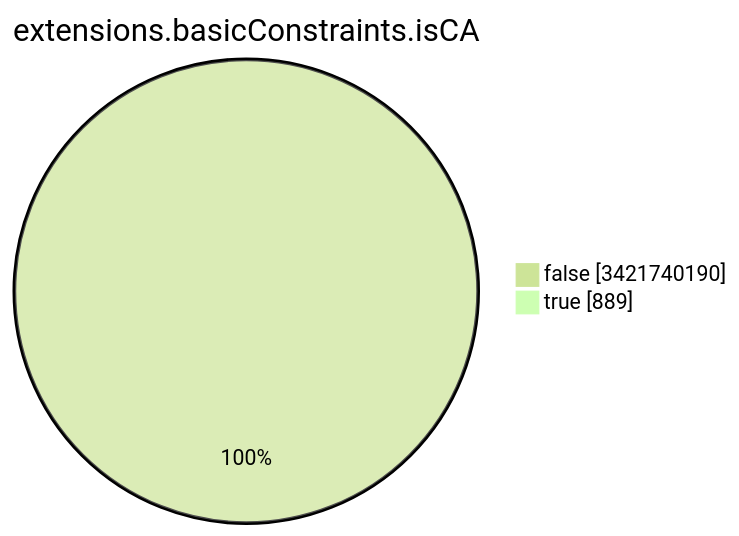
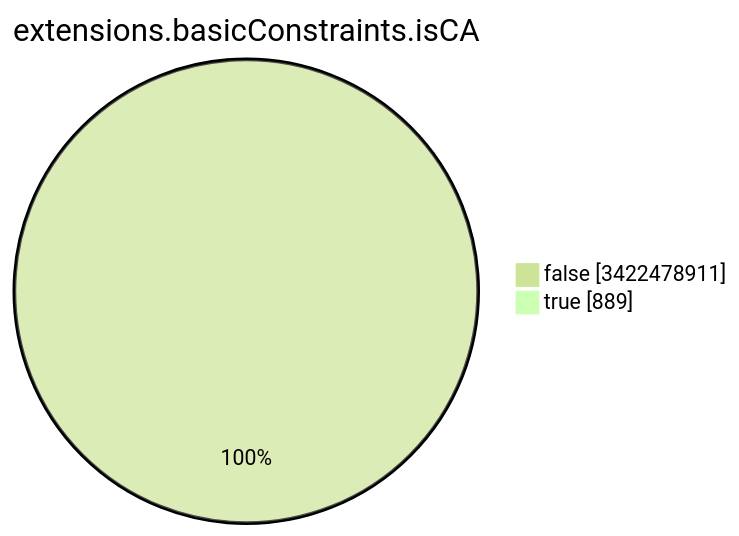
One commit to christiankrug/ctmonitor_visualization changed the seventh of 15 diagrams in TOTAL/README.md. Above: the diagram before and after it, drawn with Mermaid (forest theme). The commit also changed other lines of this file, not shown here.

````diff
--- a/TOTAL/README.md
+++ b/TOTAL/README.md
@@ -3092,6 +3092,6 @@
 ```mermaid
 pie showData
 title extensions.basicConstraints.isCA
-"false" :3421740190
+"false" :3422478911
 "true" :889
 ```
````
